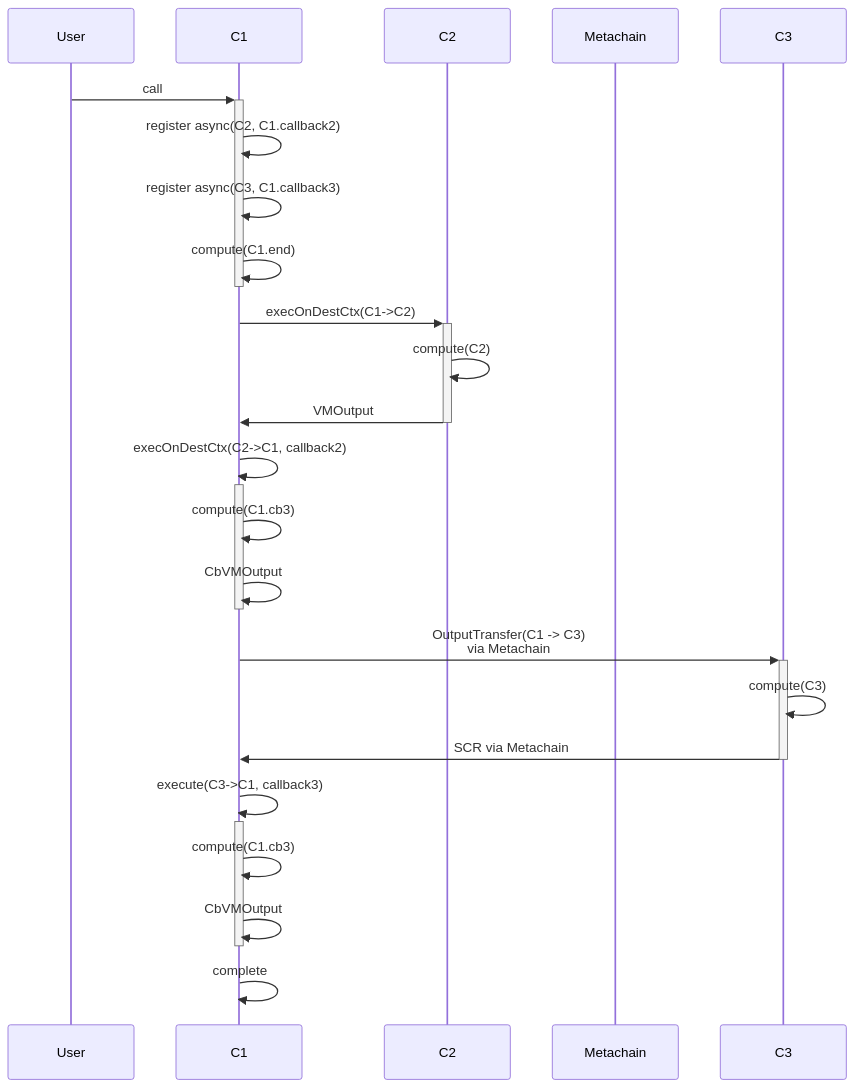
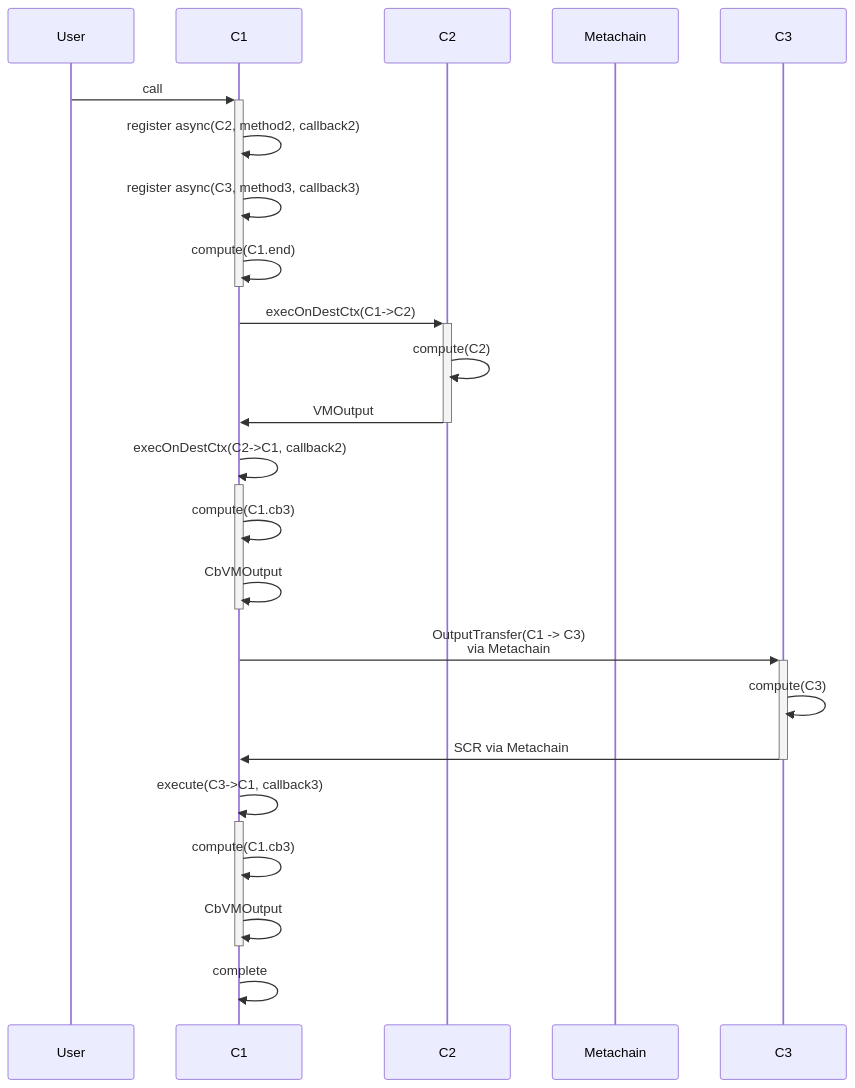
The diagram in async_call/docs/enum/aa(i,c).md (runtimeverification/multiversx-protocol-audit), drawn with Mermaid before and after one commit. The commit also changed other lines of this file and 20 other files, not shown here.

````diff
--- a/async_call/docs/enum/aa(i,c).md
+++ b/async_call/docs/enum/aa(i,c).md
@@ -41,31 +41,31 @@
 ```mermaid
 sequenceDiagram
   participant User
   participant C1
   participant C2
   participant Metachain
   participant C3
   
   User ->>+ C1: call
-  C1 ->> C1: register async(C2, C1.callback2)
-  C1 ->> C1: register async(C3, C1.callback3)
+  C1 ->> C1: register async(C2, method2, callback2)
+  C1 ->> C1: register async(C3, method3, callback3)
   C1 ->>- C1: compute(C1.end)
   
   C1 ->>+ C2: execOnDestCtx(C1->C2)
   C2 ->> C2: compute(C2)
   C2 ->>- C1: VMOutput
 
   C1 ->>+ C1: execOnDestCtx(C2->C1, callback2)
   C1 ->> C1: compute(C1.cb3)
   C1 ->>- C1: CbVMOutput
   
   C1 ->>+ C3: OutputTransfer(C1 -> C3)<br/>via Metachain
   C3 ->> C3: compute(C3)
   C3 ->>- C1: SCR via Metachain
 
   C1 ->>+ C1: execute(C3->C1, callback3)
   C1 ->> C1: compute(C1.cb3)
   C1 ->>- C1: CbVMOutput
 
   C1 ->> C1: complete
 ```
````
